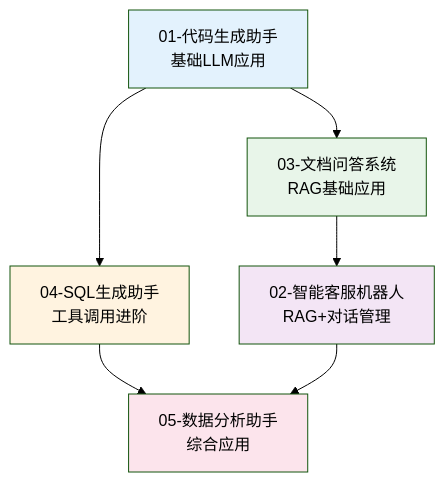
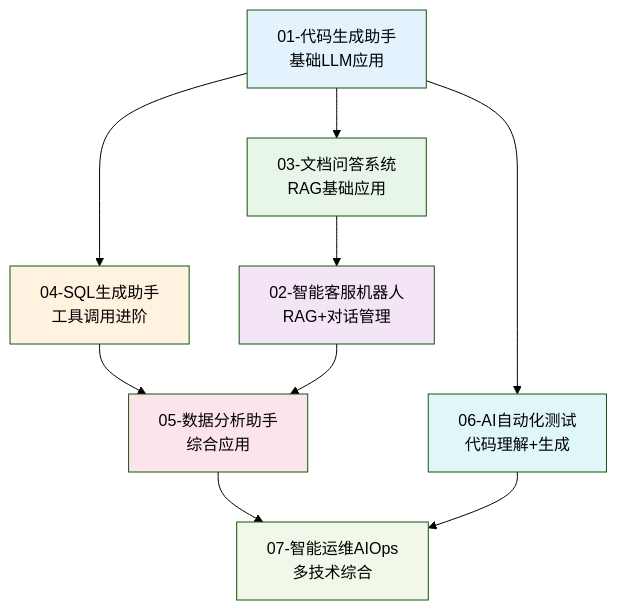
Before and after one commit to KasonLee-marker/llm-knowledge: the second of 2 diagrams in 10-practical-cases.md, drawn with Mermaid (forest theme). The commit also changed other lines of this file and 5 other files, not shown here.

````diff
--- a/10-practical-cases.md
+++ b/10-practical-cases.md
@@ -161,14 +141,19 @@
 ```mermaid
 graph TD
     A[01-代码生成助手<br/>基础LLM应用] --> B[04-SQL生成助手<br/>工具调用进阶]
     A --> C[03-文档问答系统<br/>RAG基础应用]
     C --> D[02-智能客服机器人<br/>RAG+对话管理]
     B --> E[05-数据分析助手<br/>综合应用]
     D --> E
+    A --> F[06-AI自动化测试<br/>代码理解+生成]
+    E --> G[07-智能运维AIOps<br/>多技术综合]
+    F --> G
     
     style A fill:#e3f2fd
     style B fill:#fff3e0
     style C fill:#e8f5e9
     style D fill:#f3e5f5
     style E fill:#fce4ec
+    style F fill:#e0f7fa
+    style G fill:#f1f8e9
 ```
````
